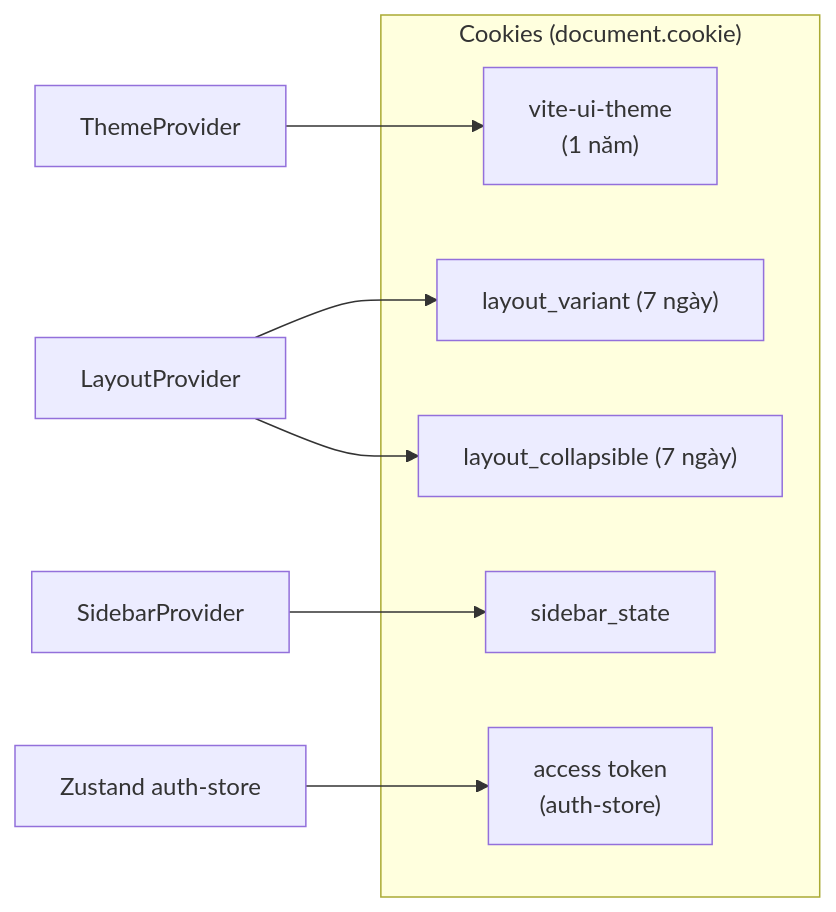
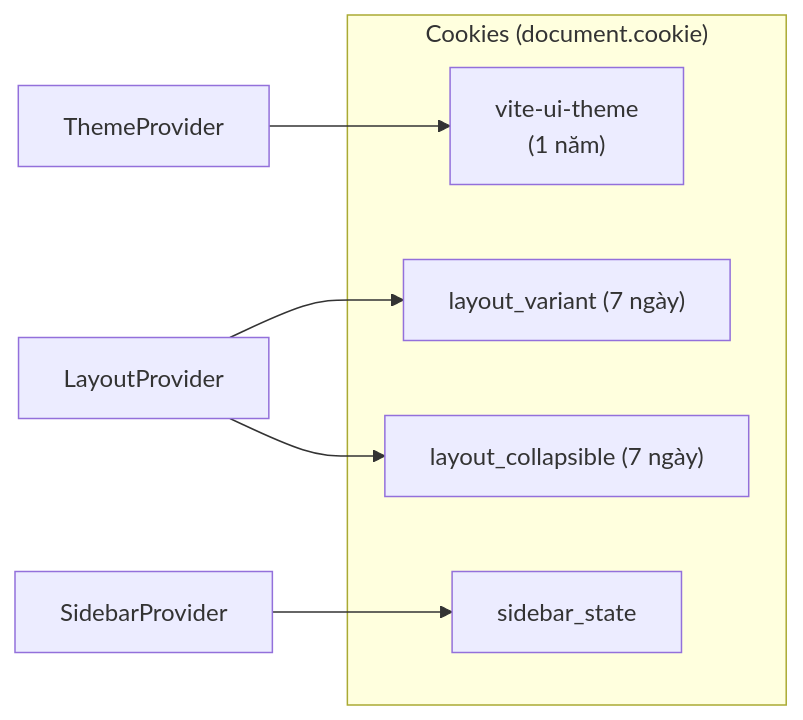
One commit to vanbienperu3107/shadcnAdminCustom changed the sixth of 7 diagrams in docs/architecture.md. Above: the diagram before and after it, drawn with Mermaid. The commit also changed other lines of this file and 4 other files, not shown here.

First line of the commit message:
docs: reflect Google-OAuth-only auth + reduced auth-store

````diff
--- a/docs/architecture.md
+++ b/docs/architecture.md
@@ -173,16 +173,14 @@
 ```mermaid
 flowchart LR
     subgraph Cookies["Cookies (document.cookie)"]
         T["vite-ui-theme<br/>(1 năm)"]
         LV["layout_variant (7 ngày)"]
         LC["layout_collapsible (7 ngày)"]
         SB["sidebar_state"]
-        TOK["access token<br/>(auth-store)"]
     end
 
     ThemeProvider --> T
     LayoutProvider --> LV
     LayoutProvider --> LC
     SidebarProvider --> SB
-    AuthStore["Zustand auth-store"] --> TOK
 ```
````
